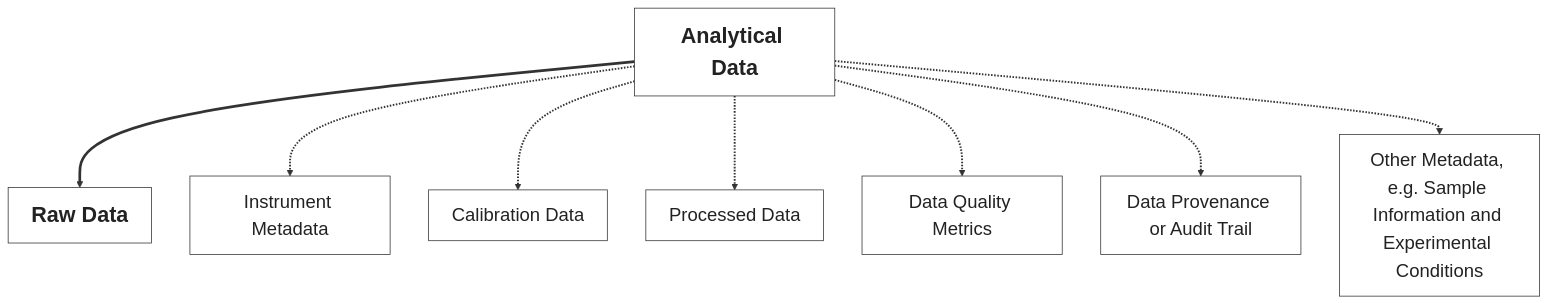
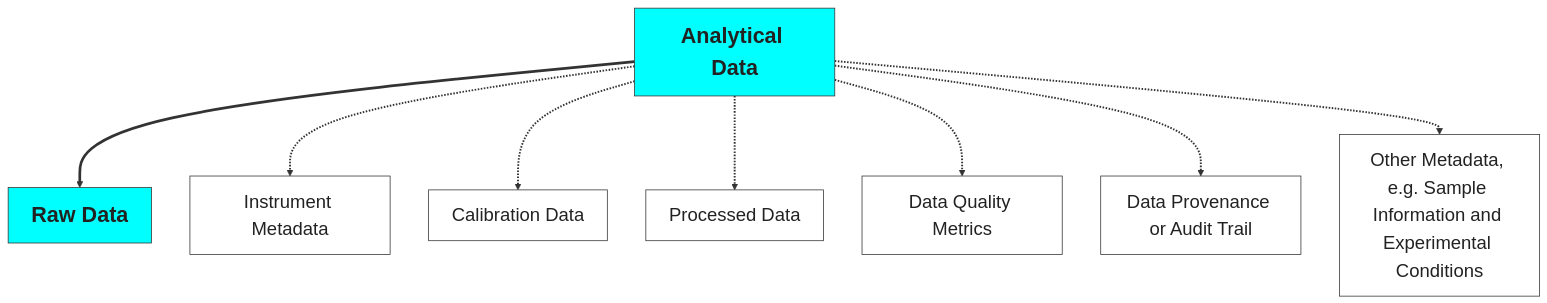
Before and after one commit to odea-project/elearning: the first of 7 diagrams in topics/01_analyticalDataChallenges.md, drawn with Mermaid. The commit also changed other lines of this file and 2 other files, not shown here.

````diff
--- a/topics/01_analyticalDataChallenges.md
+++ b/topics/01_analyticalDataChallenges.md
@@ -69,17 +63,17 @@
 ```mermaid
 graph TD
-  A[Analytical Data] --> B[Raw Data]
+  A[Analytical Data] ==> B[Raw Data]
   A -.-> C[Instrument Metadata]
   A -.-> E[Calibration Data]
   A -.-> D[Processed Data]
   A -.-> F[Data Quality Metrics]
   A -.-> G[Data Provenance or Audit Trail]
   A -.-> H[Other Metadata, e.g. Sample Information and Experimental Conditions]
 
   classDef whiteFill fill:#fff,stroke:#333,color:#222,font-size:24px;
   class C,D,E,F,G,H whiteFill;
-  classDef mainBoxes fill:#fff,stroke:#333,color:#222,font-size:28px, font-weight:bold;
+  classDef mainBoxes fill:#00ffff,stroke:#333,color:#222,font-size:28px,font-weight:bold;
   class A,B mainBoxes;
   linkStyle 0 stroke-width:3.5px;
   linkStyle 1,2,3,4,5,6 stroke-width:2.5px;
 ```
````
